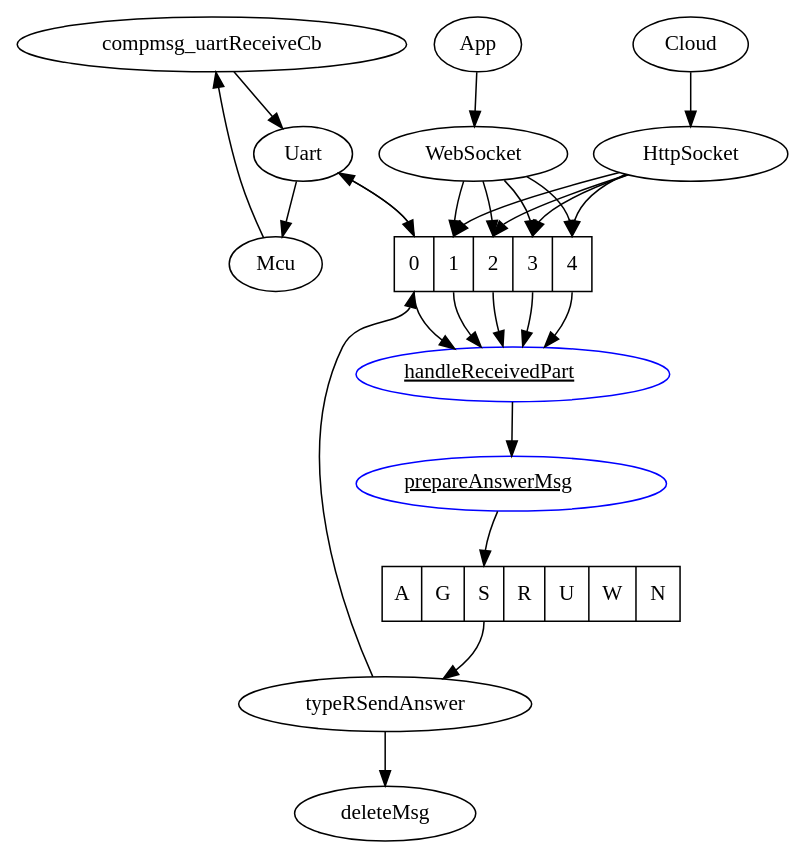
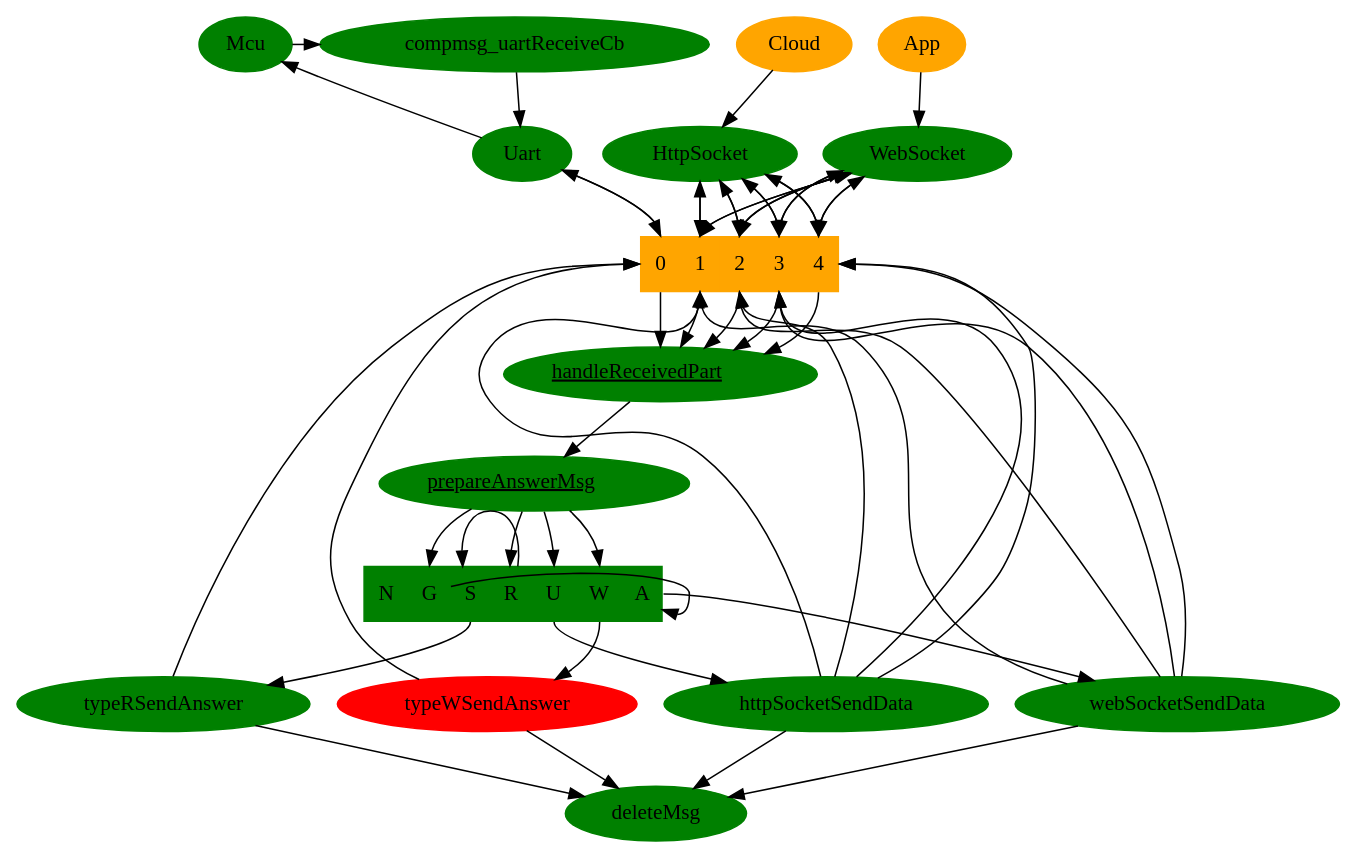
Before and after one commit to apwiede/nodemcu: the diagram in dot_files/handleMsg.dot, drawn with Graphviz. The commit also changed 6 other files, not shown here.

```diff
--- a/dot_files/handleMsg.dot
+++ b/dot_files/handleMsg.dot
@@ -1,31 +1,74 @@
 digraph G1 {
+  compmsg_uartReceiveCb[style="filled", color="green"];
   compmsg_uartReceiveCb -> Uart;
+  Mcu[style="filled", color="green"];
   Mcu -> compmsg_uartReceiveCb;
-  Queue [shape=record, label="<f0> 0|<f1> 1|<f2> 2|<f3> 3|<f4> 4"];
+  Queue [style="filled", color="orange", shape=record, label="<f0> 0|<f1> 1|<f2> 2|<f3> 3|<f4> 4"];
   Uart -> Queue:f0;
   Queue:f0 -> Uart;
   Uart -> Mcu;
+  Uart[style="filled", color="green"];
+  WebSocket[style="filled", color="green"];
+  App[style="filled", color="orange"];
   App -> WebSocket;
   WebSocket -> Queue:f1;
   WebSocket -> Queue:f2;
   WebSocket -> Queue:f3;
   WebSocket -> Queue:f4;
+  Queue:f1 -> WebSocket;
+  Queue:f2 -> WebSocket;
+  Queue:f3 -> WebSocket;
+  Queue:f4 -> WebSocket;
+  Cloud[style="filled", color="orange"];
   Cloud -> HttpSocket;
+  HttpSocket[style="filled", color="green"];
   HttpSocket -> Queue:f1;
   HttpSocket -> Queue:f2;
   HttpSocket -> Queue:f3;
   HttpSocket -> Queue:f4;
+  {rank=same; "compmsg_uartReceiveCb"; "Mcu"; "App"; "Cloud";}
+  {rank=same; "Uart"; "WebSocket"; "HttpSocket";}
+  Queue:f1 -> HttpSocket;
+  Queue:f2 -> HttpSocket;
+  Queue:f3 -> HttpSocket;
+  Queue:f4 -> HttpSocket;
   Queue:f0 -> handleReceivedPart;
   Queue:f1 -> handleReceivedPart;
   Queue:f2 -> handleReceivedPart;
   Queue:f3 -> handleReceivedPart;
   Queue:f4 -> handleReceivedPart;
-  handleReceivedPart[label=<<u>handleReceivedPart</u>> URL="\ref handleReceivedPart" color="blue"];
-  prepareAnswerMsg[label=<<u>prepareAnswerMsg</u>> URL="\ref prepareAnswerMsg" color="blue"];
+  handleReceivedPart[style="filled", color="green", label=<<u>handleReceivedPart</u>> URL="\ref handleReceivedPart"];
+  prepareAnswerMsg[style="filled", color="green", label=<<u>prepareAnswerMsg</u>> URL="\ref prepareAnswerMsg"];
   handleReceivedPart -> prepareAnswerMsg;
-  sendMsg [shape=record, label="<f0> A|<f1> G|<f2> S|<f3> R|<f4> U|<f5> W|<f6> N"];
-  prepareAnswerMsg -> sendMsg:f2;
+  sendMsg [style="filled", color="green", shape=record, label="<f0> N|<f1> G|<f2> S|<f3> R|<f4> U|<f5> W|<f6> A"];
+  prepareAnswerMsg -> sendMsg:f1;
+  sendMsg:f1 -> sendMsg:f6;
+  prepareAnswerMsg -> sendMsg:f5;
+  prepareAnswerMsg -> sendMsg:f3;
+  prepareAnswerMsg -> sendMsg:f4;
+  sendMsg:f3 -> sendMsg:f2;
+  sendMsg:f6 -> webSocketSendData;
+  sendMsg:f4 -> httpSocketSendData;
+  httpSocketSendData[style="filled", color="green"];
+  webSocketSendData[style="filled", color="green"];
+  webSocketSendData -> Queue:f1;
+  webSocketSendData -> Queue:f2;
+  webSocketSendData -> Queue:f3;
+  webSocketSendData -> Queue:f4;
+  httpSocketSendData -> Queue:f1;
+  httpSocketSendData -> Queue:f2;
+  httpSocketSendData -> Queue:f3;
+  httpSocketSendData -> Queue:f4;
+  {rank=same; "typeRSendAnswer"; "typeWSendAnswer"; "webSocketSendData"; "httpSocketSendData";}
+  sendMsg:f5 -> typeWSendAnswer;
   sendMsg:f2 -> typeRSendAnswer;
+  typeRSendAnswer[style="filled", color="green"];
+  typeWSendAnswer[style="filled", color="red"];
   typeRSendAnswer -> Queue:f0;
+  typeWSendAnswer -> Queue:f0;
   typeRSendAnswer -> deleteMsg;
+  typeWSendAnswer -> deleteMsg;
+  deleteMsg[style="filled", color="green"];
+  httpSocketSendData -> deleteMsg;
+  webSocketSendData -> deleteMsg;
 }
```
